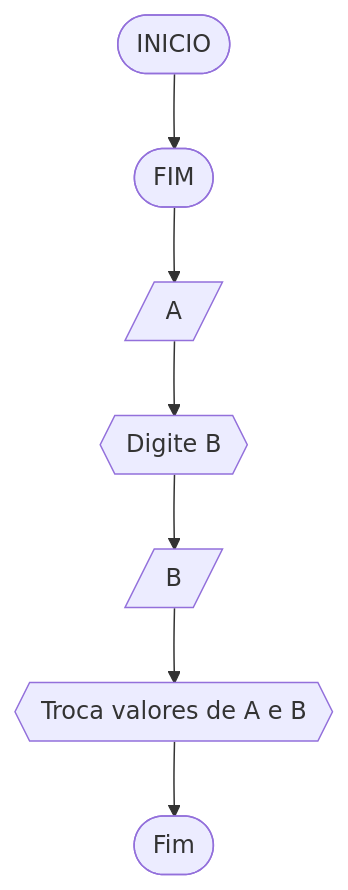
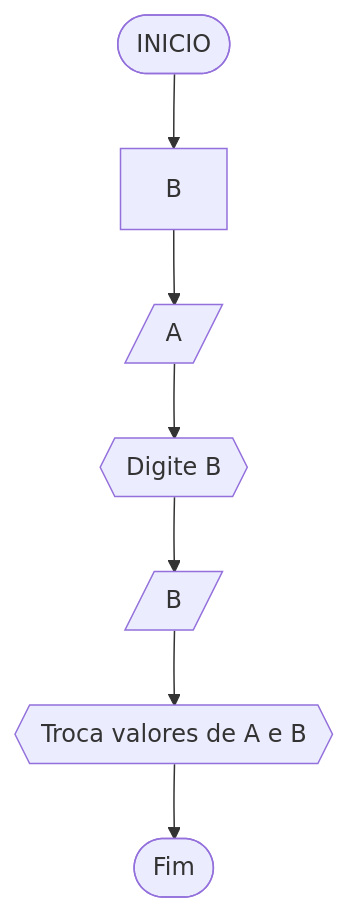
One commit to cauaaguiar/unifor- changed the first of 7 diagrams in RLA/unidade 1/AD1.md. Above: the diagram before and after it, drawn with Mermaid.

````diff
--- a/RLA/unidade 1/AD1.md
+++ b/RLA/unidade 1/AD1.md
@@ -46,10 +46,10 @@
 ```mermaid
 flowchart TD
-A([INICIO]) --> B([FIM])
+A([INICIO]) --> B
 B --> C[/A/]
 C --> D{{Digite B}}
 D --> E[/B/]
 E --> F{{Troca valores de A e B}}
 F --> G([Fim]) 
 
 ```
````
